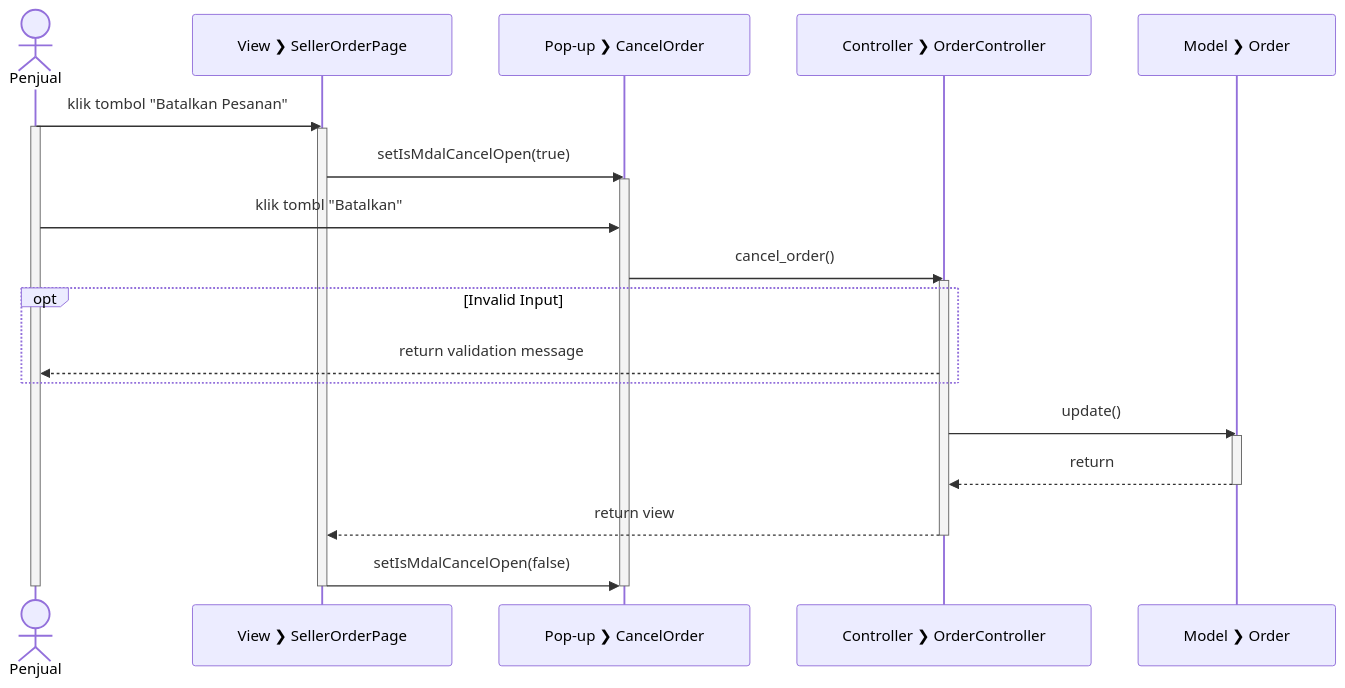
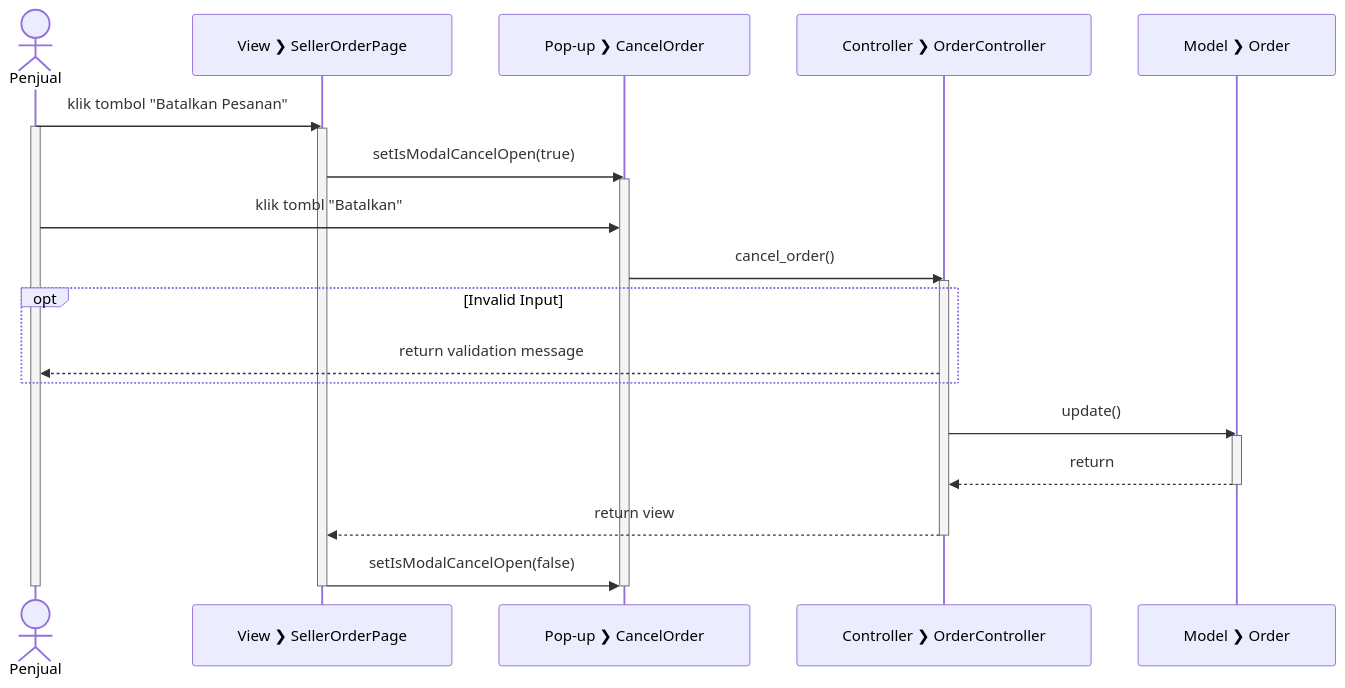
Before and after one commit to rizalgrandonk/salesprint-diagrams: the diagram in sequence/CancelStoreOrders.mmd, drawn with Mermaid. The commit also changed 11 other files, not shown here.

```diff
--- a/sequence/CancelStoreOrders.mmd
+++ b/sequence/CancelStoreOrders.mmd
@@ -1,44 +1,44 @@
 sequenceDiagram
   actor Penjual
   participant V_OP as View #10095; SellerOrderPage
   participant P_CO as Pop-up #10095; CancelOrder
   participant C_O as Controller #10095; OrderController
   participant M_O as Model #10095; Order
   
   Penjual->>V_OP: klik tombol "Batalkan Pesanan"
   
   activate Penjual
 
   activate V_OP
 
-  V_OP->>P_CO: setIsMdalCancelOpen(true)
+  V_OP->>P_CO: setIsModalCancelOpen(true)
 
   activate P_CO
 
   Penjual->>P_CO: klik tombl "Batalkan"
   P_CO->>C_O: cancel_order()
 
   activate C_O
 
   opt Invalid Input
     C_O-->>Penjual: return validation message
   end
 
   C_O->>M_O: update()
   
   activate M_O
   
   M_O-->>C_O: return
 
   deactivate M_O
 
   C_O-->>V_OP: return view
 
   deactivate C_O
   
-  V_OP->>P_CO: setIsMdalCancelOpen(false)
+  V_OP->>P_CO: setIsModalCancelOpen(false)
 
   deactivate P_CO
   deactivate V_OP
   
   deactivate Penjual
```
